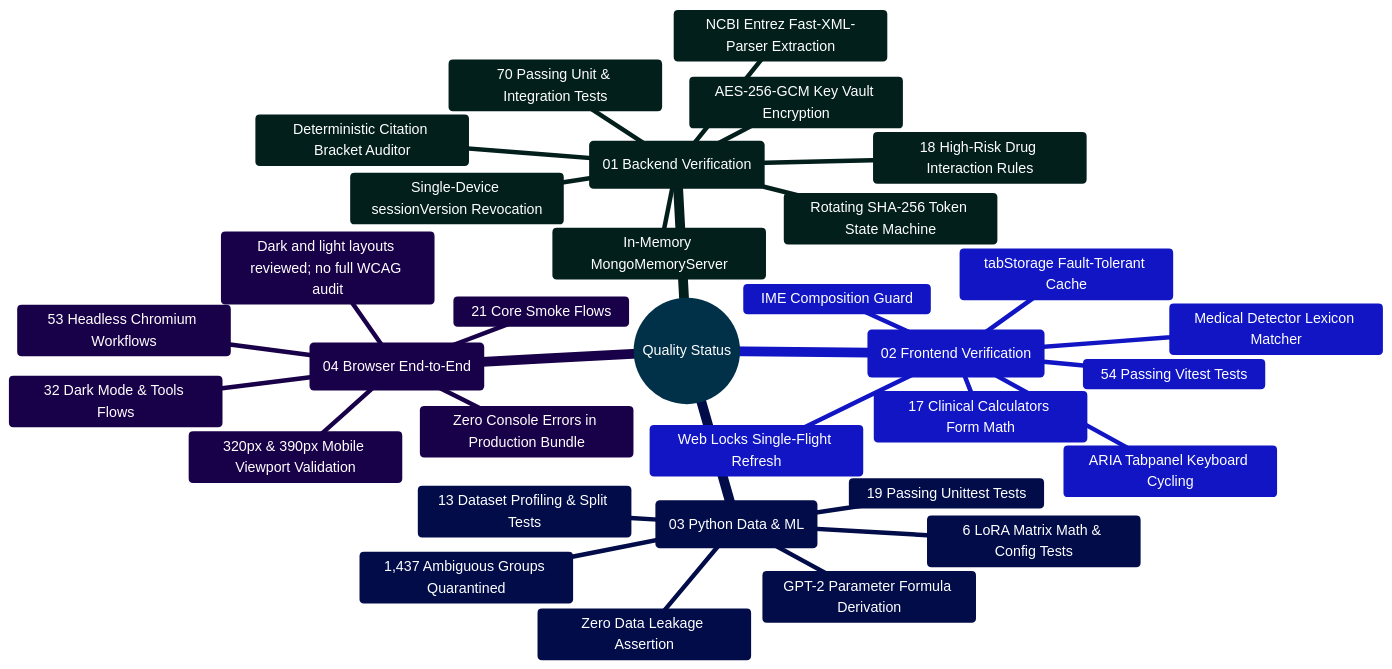
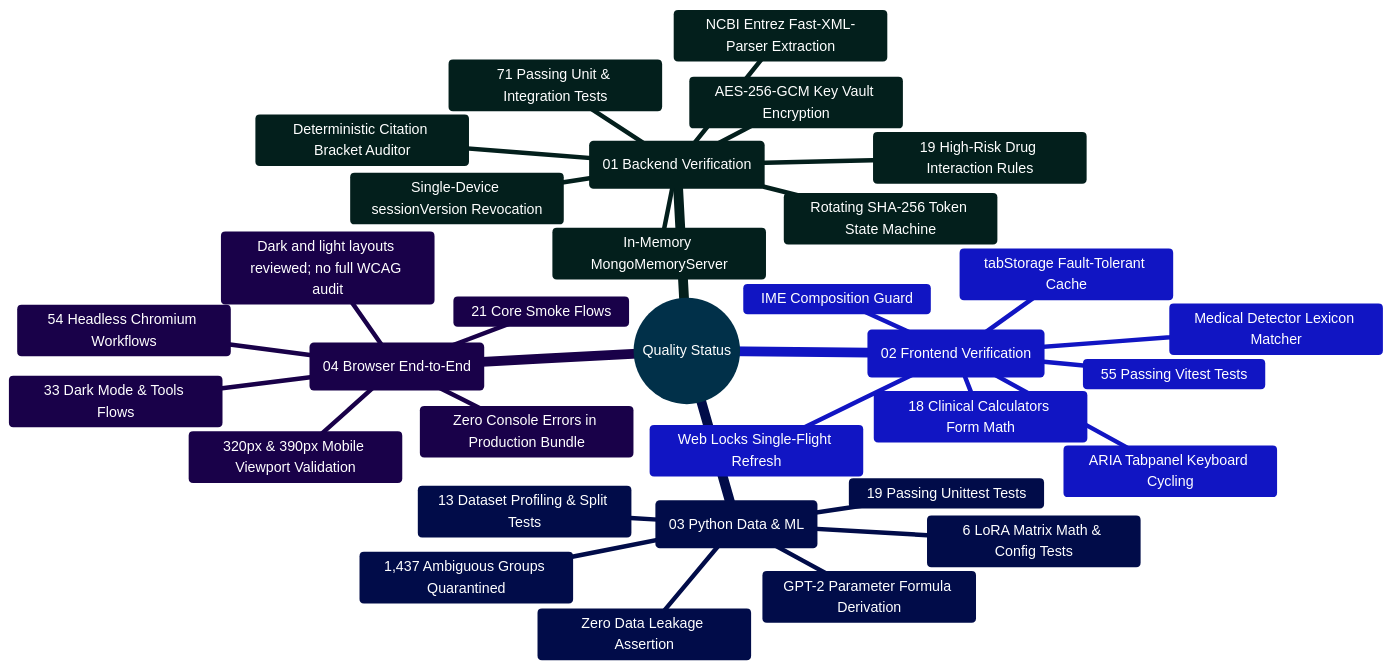
One commit to Ganesh172919/React-App-LLM changed the first of 2 diagrams in docs/IMPLEMENTATION_STATUS.md. Above: the diagram before and after it, drawn with Mermaid. The commit also changed other lines of this file and 19 other files, not shown here.

Commit message:
docs: synchronize complete production documentation across 20 files with 19 DDI rules, 18 clinical tools, and 206 automated checks

````diff
--- a/docs/IMPLEMENTATION_STATUS.md
+++ b/docs/IMPLEMENTATION_STATUS.md
@@ -66,37 +66,37 @@
 ```mermaid
 %%{init: {'theme': 'base', 'themeVariables': { 'primaryColor': '#0284c7', 'primaryTextColor': '#ffffff', 'primaryBorderColor': '#0369a1', 'lineColor': '#0284c7', 'secondaryColor': '#0d9488', 'tertiaryColor': '#6366f1' }}}%%
 mindmap
   root((Quality Status))
     ::icon(fa fa-check-circle)
     (01 Backend Verification)
-      70 Passing Unit & Integration Tests
+      71 Passing Unit & Integration Tests
       In-Memory MongoMemoryServer
       Single-Device sessionVersion Revocation
       Rotating SHA-256 Token State Machine
       AES-256-GCM Key Vault Encryption
       NCBI Entrez Fast-XML-Parser Extraction
       Deterministic Citation Bracket Auditor
-      18 High-Risk Drug Interaction Rules
+      19 High-Risk Drug Interaction Rules
     (02 Frontend Verification)
-      54 Passing Vitest Tests
+      55 Passing Vitest Tests
       Web Locks Single-Flight Refresh
       tabStorage Fault-Tolerant Cache
       IME Composition Guard
       Medical Detector Lexicon Matcher
-      17 Clinical Calculators Form Math
+      18 Clinical Calculators Form Math
       ARIA Tabpanel Keyboard Cycling
     (03 Python Data & ML)
       19 Passing Unittest Tests
       13 Dataset Profiling & Split Tests
       6 LoRA Matrix Math & Config Tests
       Zero Data Leakage Assertion
       1,437 Ambiguous Groups Quarantined
       GPT-2 Parameter Formula Derivation
     (04 Browser End-to-End)
-      53 Headless Chromium Workflows
+      54 Headless Chromium Workflows
       21 Core Smoke Flows
-      32 Dark Mode & Tools Flows
+      33 Dark Mode & Tools Flows
       320px & 390px Mobile Viewport Validation
       Dark and light layouts reviewed; no full WCAG audit
       Zero Console Errors in Production Bundle
 ```
````
